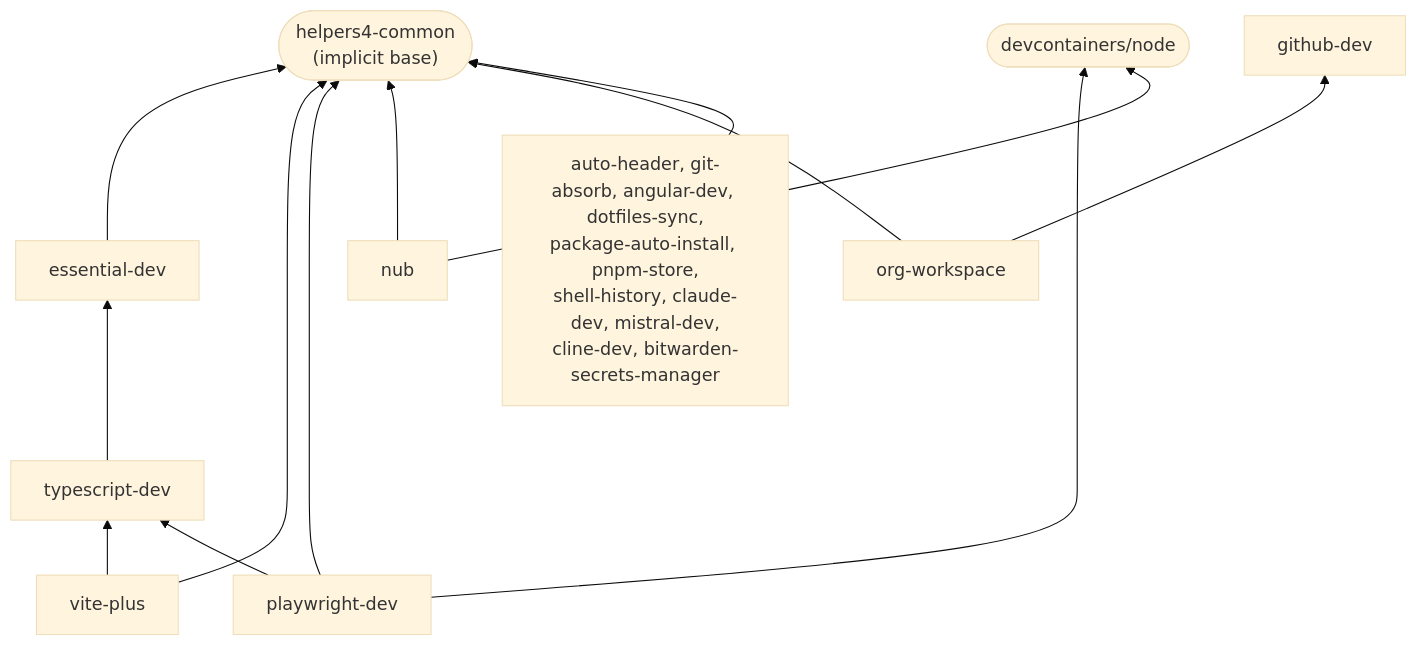
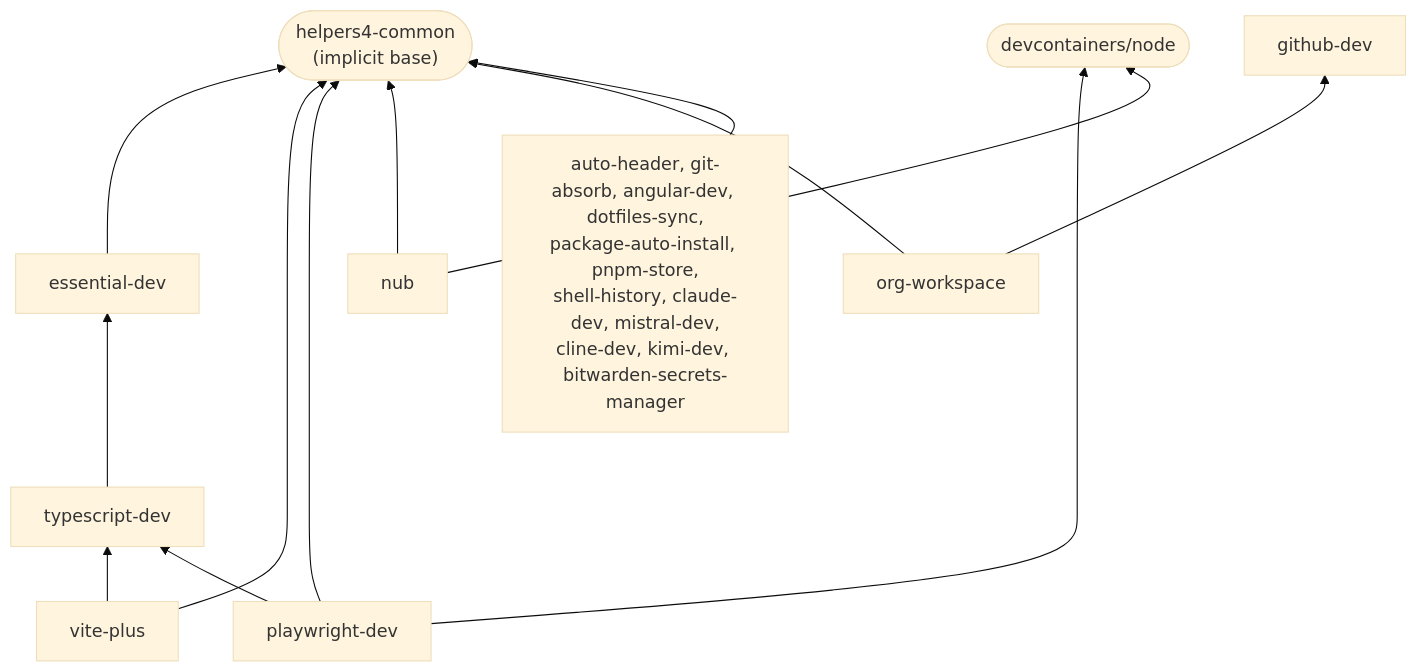
The diagram in README.md (helpers4/devcontainer), drawn with Mermaid (base theme) before and after one commit. The commit also changed other lines of this file and 10 other files, not shown here.

Commit message:
feat(kimi-dev): ✨ add kimi-dev feature

````diff
--- a/README.md
+++ b/README.md
@@ -330,20 +342,20 @@
 ```mermaid
 flowchart BT
     common(["helpers4-common<br/>(implicit base)"])
     node(["devcontainers/node"])
     github["github-dev"]
 
     essential["essential-dev"] --> common
     typescript["typescript-dev"] --> essential
     vite["vite-plus"] --> typescript
     vite --> common
     playwright["playwright-dev"] --> typescript
     playwright --> node
     playwright --> common
     nub["nub"] --> node
     nub --> common
     org["org-workspace"] --> github
     org --> common
 
-    leaves["auto-header, git-absorb, angular-dev, dotfiles-sync,<br/>package-auto-install, pnpm-store,<br/>shell-history, claude-dev, mistral-dev,<br/>cline-dev, bitwarden-secrets-manager"] --> common
+    leaves["auto-header, git-absorb, angular-dev, dotfiles-sync,<br/>package-auto-install, pnpm-store,<br/>shell-history, claude-dev, mistral-dev,<br/>cline-dev, kimi-dev, bitwarden-secrets-manager"] --> common
 ```
````
